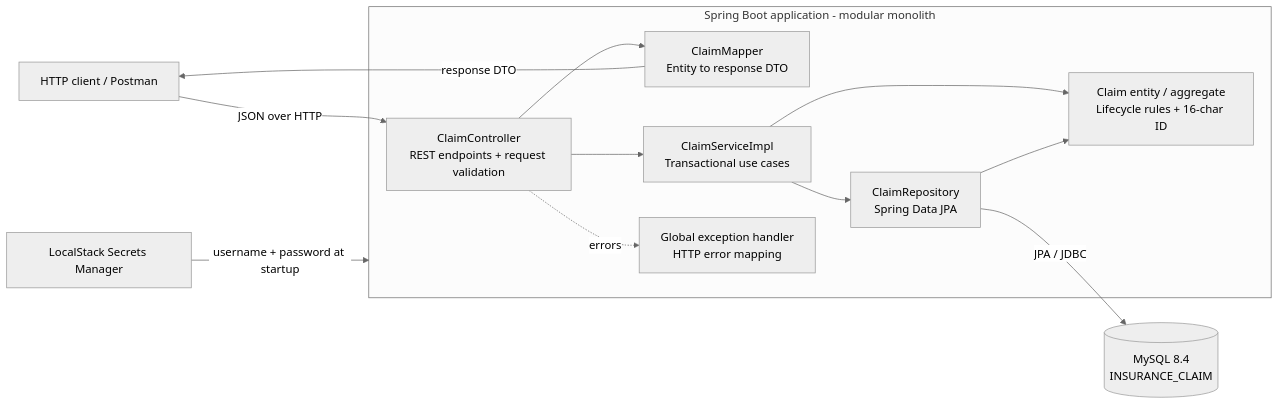
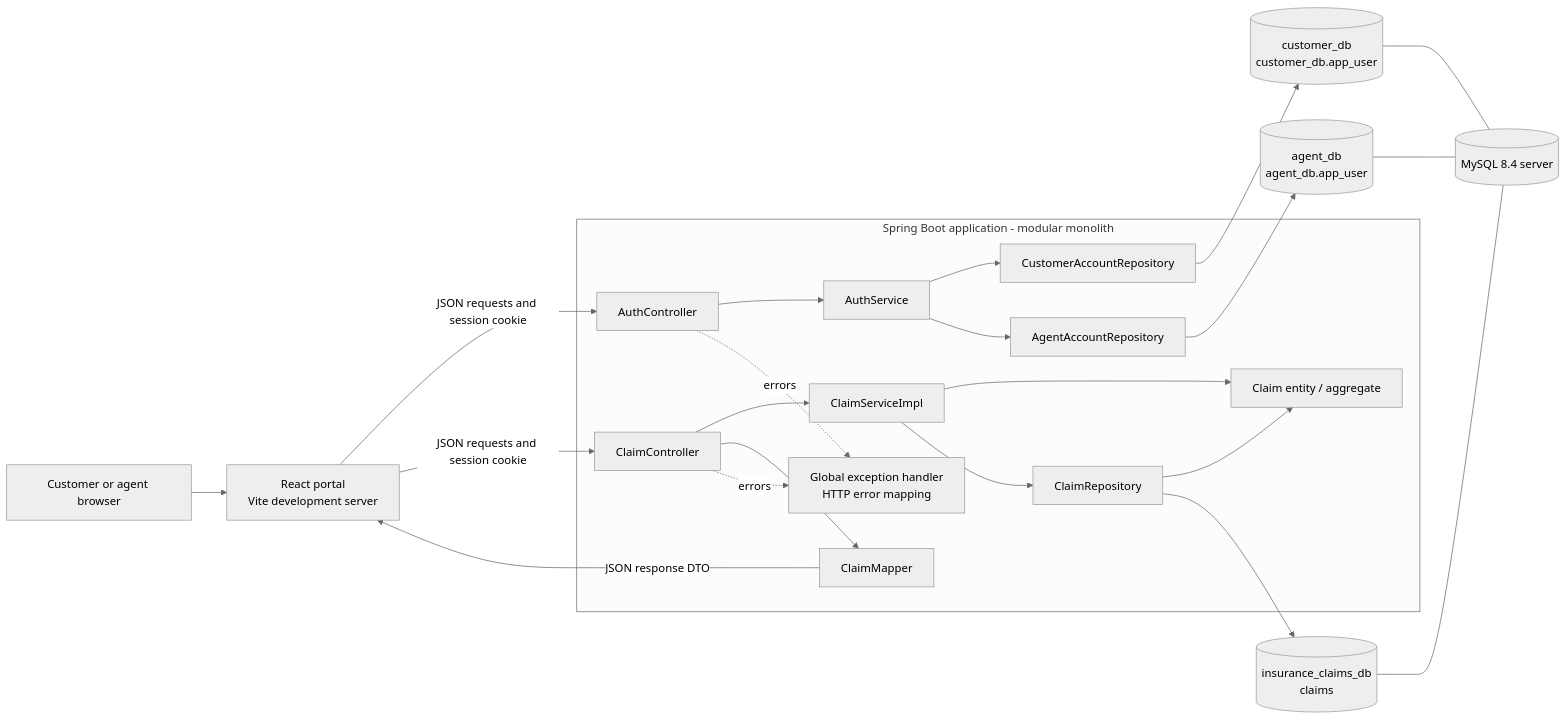
The first of 5 diagrams in docs/ARCHITECTURE.md (sravanthi1510/insurance-claims-management), drawn with Mermaid (neutral theme) before and after one commit. The commit also changed other lines of this file and 50 other files, not shown here.

Commit message:
Chubb Assesment : Committed code to design,develop and implement insurance related claims and tracking management system with fronend as well

````diff
--- a/docs/ARCHITECTURE.md
+++ b/docs/ARCHITECTURE.md
@@ -22,25 +23,41 @@
 ```mermaid
 flowchart LR
-    Client[HTTP client / Postman]
+    Browser[Customer or agent browser]
+    Portal[React portal<br/>Vite development server]
     subgraph App[Spring Boot application - modular monolith]
-        Controller[ClaimController\nREST endpoints + request validation]
-        Mapper[ClaimMapper\nEntity to response DTO]
-        Service[ClaimServiceImpl\nTransactional use cases]
-        Aggregate[Claim entity / aggregate\nLifecycle rules + 16-char ID]
-        Repository[ClaimRepository\nSpring Data JPA]
+        AuthController[AuthController]
+        AuthService[AuthService]
+        ClaimController[ClaimController]
+        ClaimService[ClaimServiceImpl]
+        Mapper[ClaimMapper]
+        Aggregate[Claim entity / aggregate]
+        ClaimRepository[ClaimRepository]
+        CustomerRepository[CustomerAccountRepository]
+        AgentRepository[AgentAccountRepository]
         Errors[Global exception handler\nHTTP error mapping]
-        Controller --> Service
-        Controller --> Mapper
-        Service --> Aggregate
-        Service --> Repository
-        Repository --> Aggregate
-        Controller -. errors .-> Errors
+        AuthController --> AuthService
+        ClaimController --> ClaimService
+        ClaimController --> Mapper
+        ClaimService --> Aggregate
+        ClaimService --> ClaimRepository
+        ClaimRepository --> Aggregate
+        AuthService --> CustomerRepository
+        AuthService --> AgentRepository
+        AuthController -. errors .-> Errors
+        ClaimController -. errors .-> Errors
     end
-    Database[(MySQL 8.4\nINSURANCE_CLAIM)]
-    Client -->|JSON over HTTP| Controller
-    Repository -->|JPA / JDBC| Database
-    Mapper -->|response DTO| Client
-
-    SecretStore[LocalStack Secrets Manager]
-    SecretStore -->|username + password at startup| App
+    MySQL[(MySQL 8.4 server)]
+    ClaimsDB[(insurance_claims_db<br/>claims)]
+    CustomerDB[(customer_db<br/>customer_db.app_user)]
+    AgentDB[(agent_db<br/>agent_db.app_user)]
+    Browser --> Portal
+    Portal -->|JSON requests and session cookie| AuthController
+    Portal -->|JSON requests and session cookie| ClaimController
+    Mapper -->|JSON response DTO| Portal
+    ClaimRepository --> ClaimsDB
+    CustomerRepository --> CustomerDB
+    AgentRepository --> AgentDB
+    ClaimsDB --- MySQL
+    CustomerDB --- MySQL
+    AgentDB --- MySQL
 ```
````
